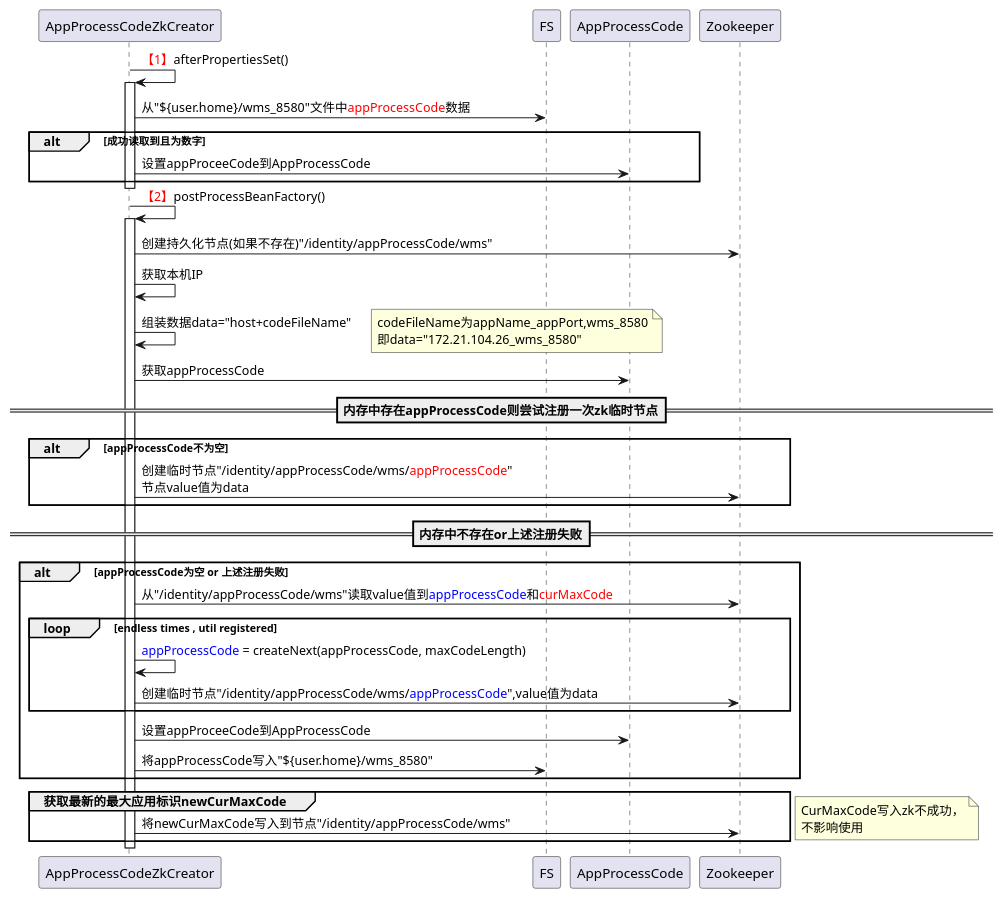
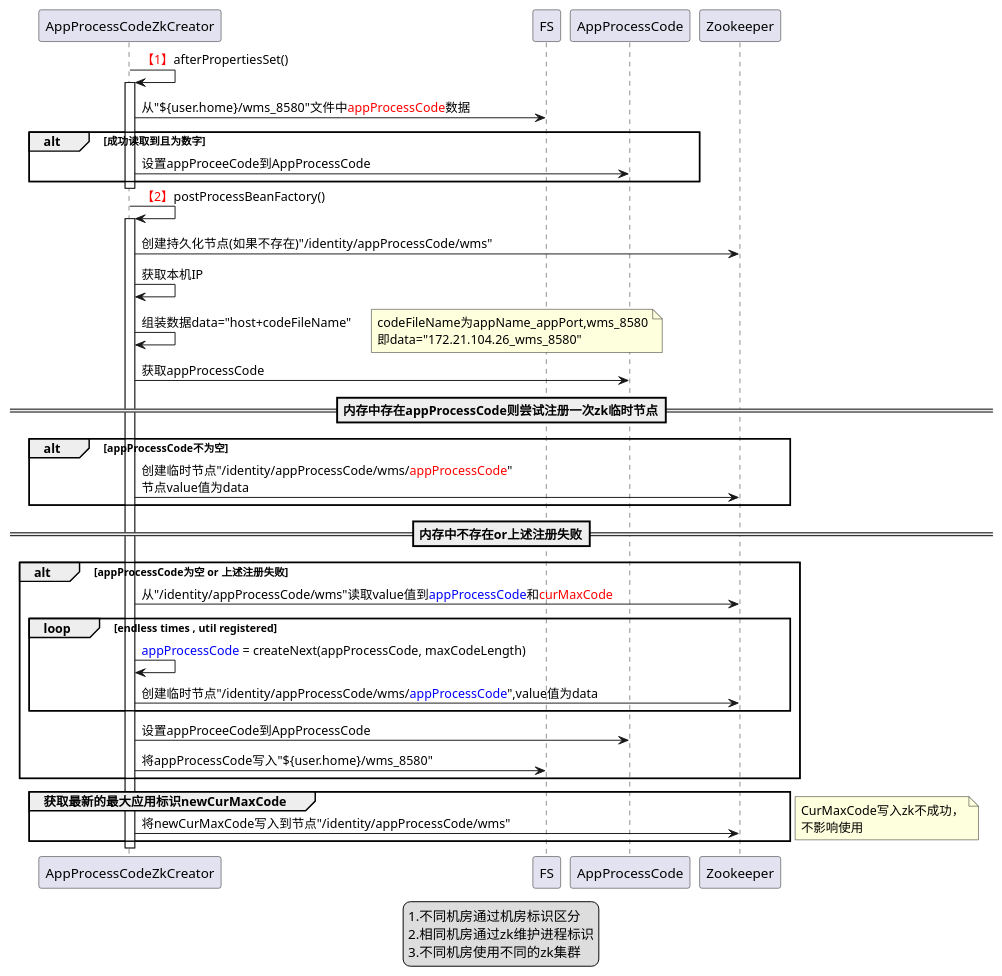
The diagram in uml/wms/distributeId.puml (newbigTech/myDesignPattern), drawn with PlantUML before and after one commit.

Commit message:
distributedId remark

```diff
--- a/uml/wms/distributeId.puml
+++ b/uml/wms/distributeId.puml
@@ -1,48 +1,54 @@
 @startuml
 AppProcessCodeZkCreator -> AppProcessCodeZkCreator:<font color=red>【1】</font>afterPropertiesSet()
 activate AppProcessCodeZkCreator
 AppProcessCodeZkCreator-> FS:从"${user.home}/wms_8580"文件中<font color=red>appProcessCode</font>数据
 alt 成功读取到且为数字
     AppProcessCodeZkCreator->AppProcessCode:设置appProceeCode到AppProcessCode
 end
 deactivate AppProcessCodeZkCreator
 
 
 
 AppProcessCodeZkCreator -> AppProcessCodeZkCreator: <font color=red>【2】</font>postProcessBeanFactory()
 activate AppProcessCodeZkCreator
 AppProcessCodeZkCreator -> Zookeeper: 创建持久化节点(如果不存在)"/identity/appProcessCode/wms"
 
 AppProcessCodeZkCreator -> AppProcessCodeZkCreator:获取本机IP
 AppProcessCodeZkCreator -> AppProcessCodeZkCreator:组装数据data="host+codeFileName"
 note right
 codeFileName为appName_appPort,wms_8580
 即data="172.21.104.26_wms_8580"
 end note
 AppProcessCodeZkCreator ->AppProcessCode:获取appProcessCode
 ==内存中存在appProcessCode则尝试注册一次zk临时节点==
 alt appProcessCode不为空
 AppProcessCodeZkCreator -> Zookeeper: 创建临时节点"/identity/appProcessCode/wms/<font color=red>appProcessCode</font>"\n节点value值为data
 end
 
 ==内存中不存在or上述注册失败==
 alt appProcessCode为空 or 上述注册失败
     AppProcessCodeZkCreator -> Zookeeper:从"/identity/appProcessCode/wms"读取value值到<font color=blue>appProcessCode</font>和<font color=red>curMaxCode
     loop endless times , util registered
         AppProcessCodeZkCreator -> AppProcessCodeZkCreator:<font color=blue>appProcessCode</font> = createNext(appProcessCode, maxCodeLength)
         AppProcessCodeZkCreator -> Zookeeper:创建临时节点"/identity/appProcessCode/wms/<font color=blue>appProcessCode</font>",value值为data
     end
     AppProcessCodeZkCreator->AppProcessCode:设置appProceeCode到AppProcessCode
     AppProcessCodeZkCreator->FS:将appProcessCode写入"${user.home}/wms_8580"
 end
 
 group 获取最新的最大应用标识newCurMaxCode
     AppProcessCodeZkCreator -> Zookeeper:将newCurMaxCode写入到节点"/identity/appProcessCode/wms"
 end
 note left
 CurMaxCode写入zk不成功，
 不影响使用
 end note
 deactivate AppProcessCodeZkCreator
 
+
+legend center
+1.不同机房通过机房标识区分
+2.相同机房通过zk维护进程标识
+3.不同机房使用不同的zk集群
+end legend
 @enduml
```
